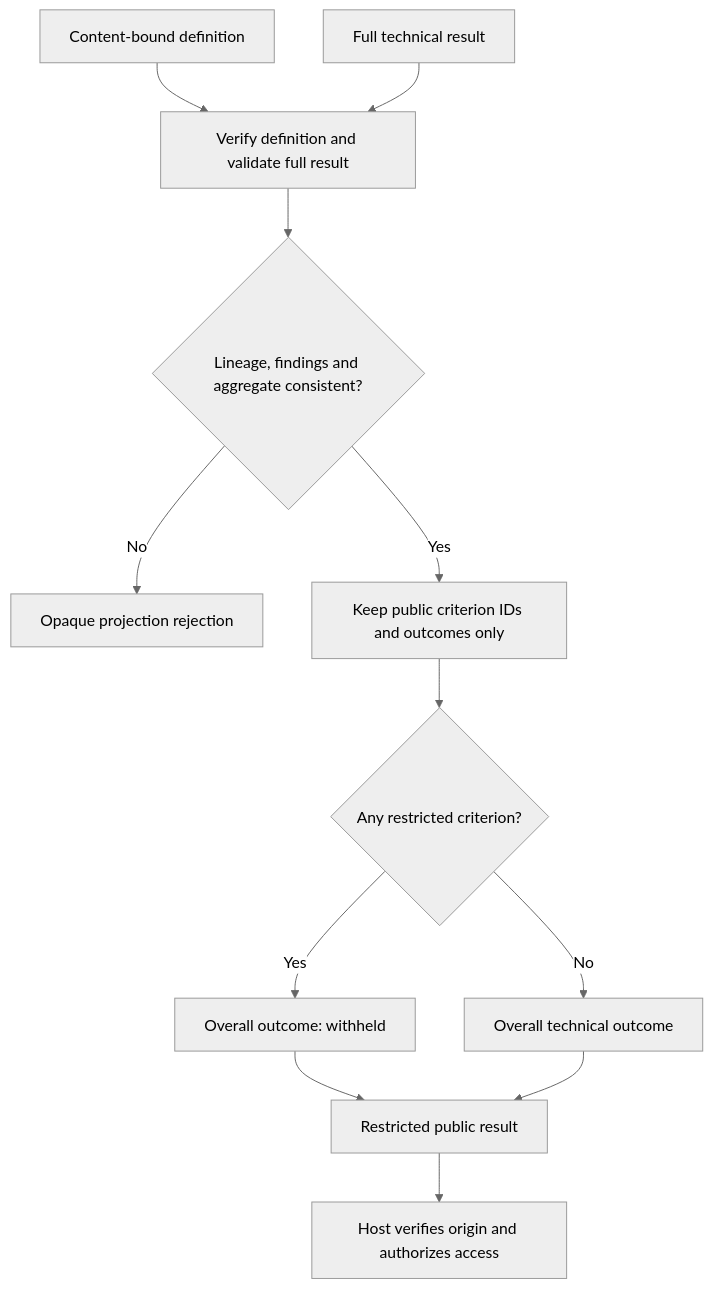
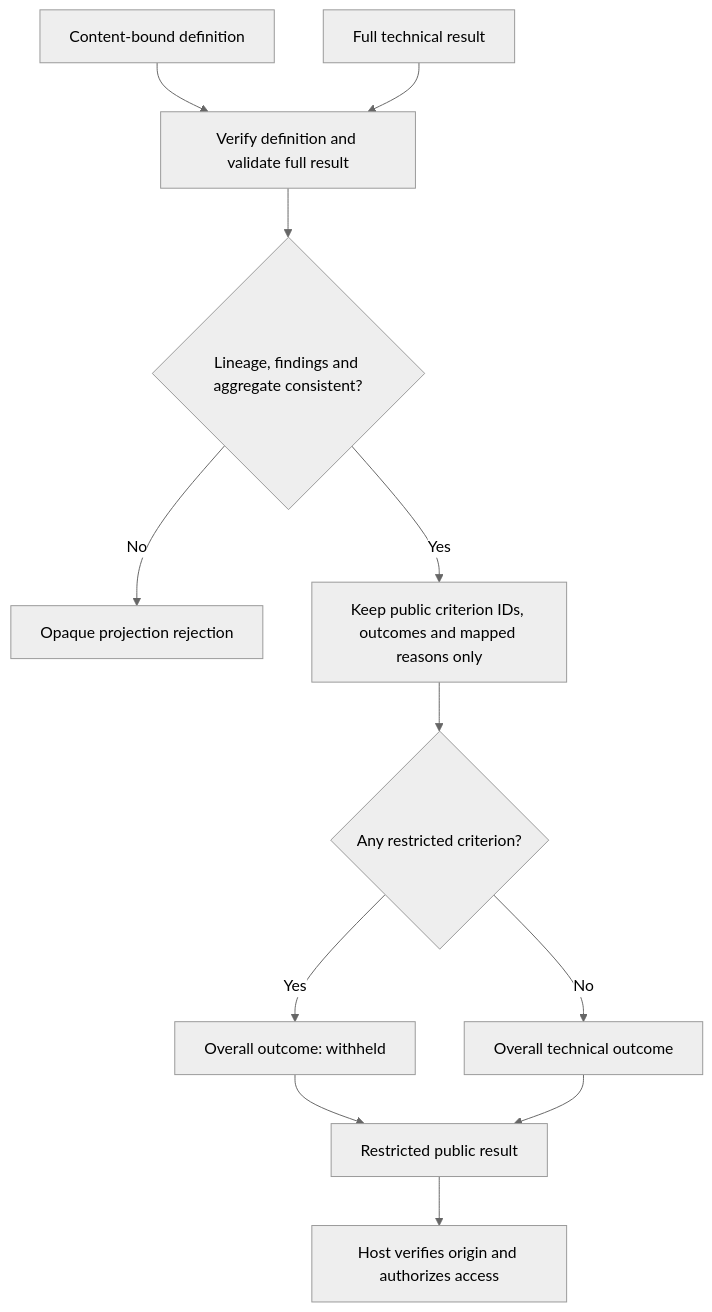
Before and after one commit to 0xbuffdev/assay: the fourth of 4 diagrams in README.md, drawn with Mermaid (neutral theme). The commit also changed other lines of this file and 10 other files, not shown here.

````diff
--- a/README.md
+++ b/README.md
@@ -130,14 +130,14 @@
 ```mermaid
 flowchart TD
     D["Content-bound definition"] --> Verify["Verify definition and validate full result"]
     R["Full technical result"] --> Verify
     Verify --> Coherent{"Lineage, findings and aggregate consistent?"}
     Coherent -->|No| Reject["Opaque projection rejection"]
-    Coherent -->|Yes| Filter["Keep public criterion IDs and outcomes only"]
+    Coherent -->|Yes| Filter["Keep public criterion IDs, outcomes and mapped reasons only"]
     Filter --> Restricted{"Any restricted criterion?"}
     Restricted -->|Yes| Withheld["Overall outcome: withheld"]
     Restricted -->|No| Public["Overall technical outcome"]
     Withheld --> View["Restricted public result"]
     Public --> View
     View --> Gate["Host verifies origin and authorizes access"]
 ```
````
